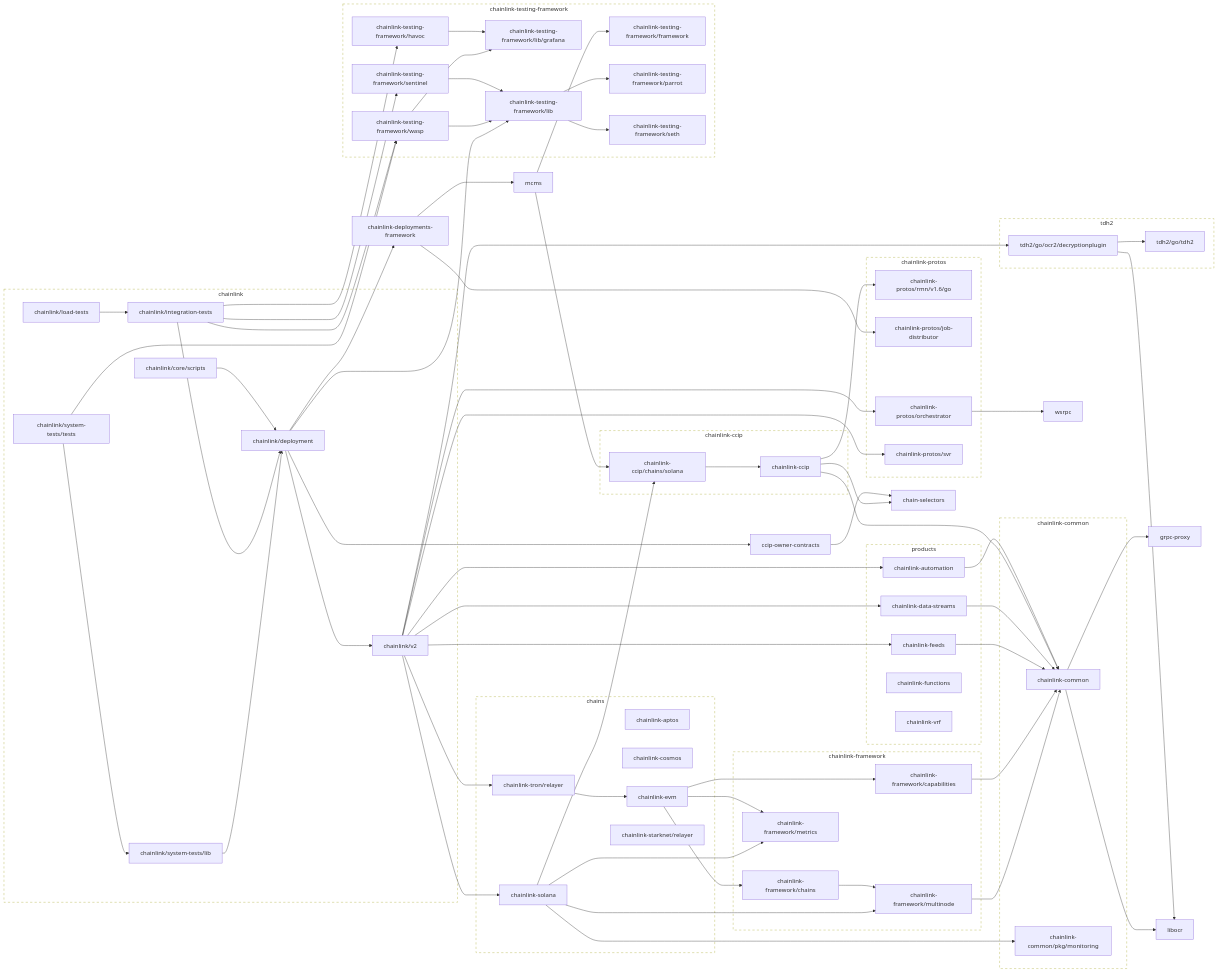
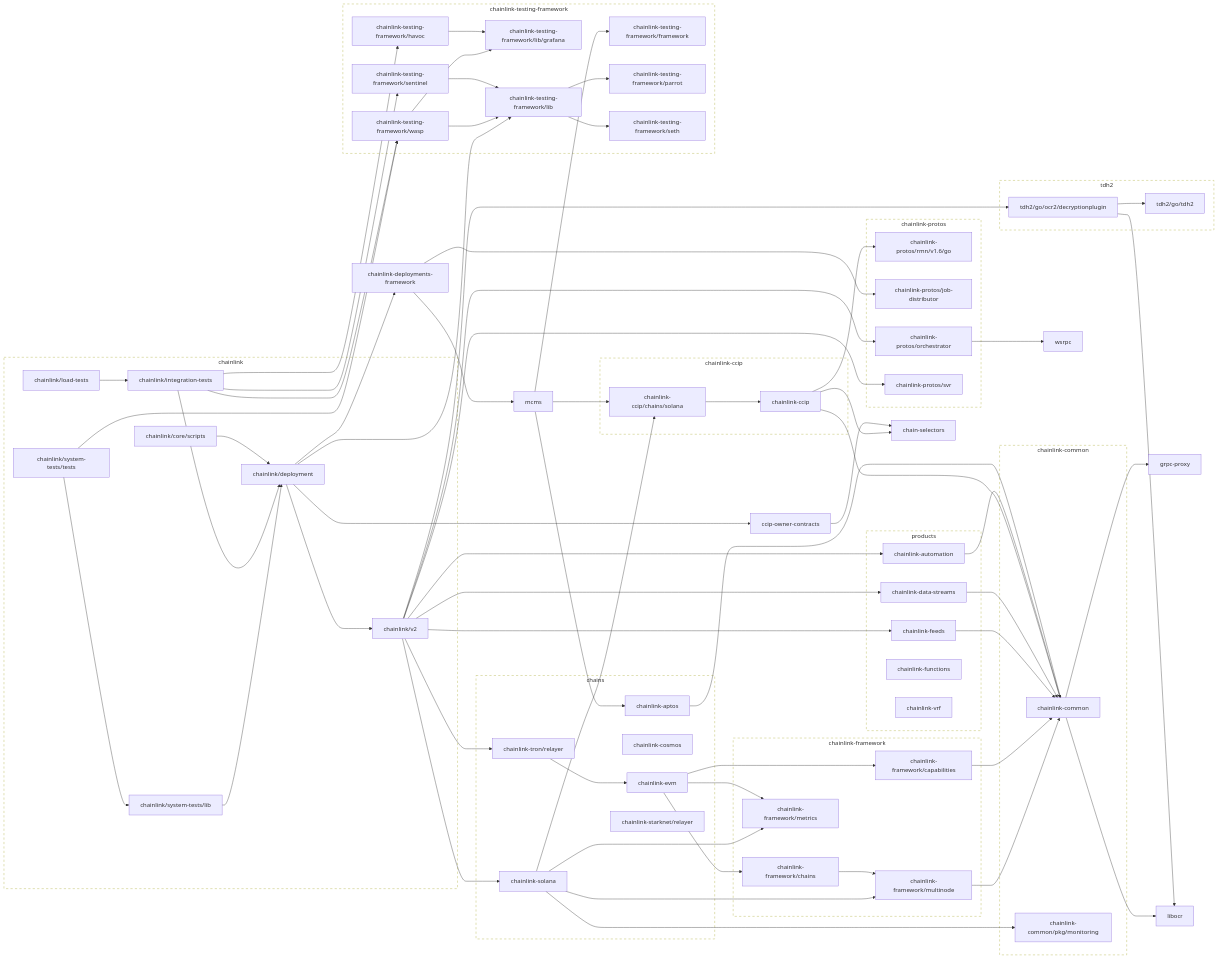
One commit to JohnDaWalka/chainlink changed the second of 2 diagrams in go.md. Above: the diagram before and after it, drawn with Mermaid. The commit also changed 22 other files, not shown here.

```diff
--- a/go.md
+++ b/go.md
@@ -150,6 +150,8 @@
 	click ccip-owner-contracts href "https://github.com/smartcontractkit/ccip-owner-contracts"
 	chain-selectors
 	click chain-selectors href "https://github.com/smartcontractkit/chain-selectors"
+	chainlink-aptos --> chainlink-common
+	click chainlink-aptos href "https://github.com/smartcontractkit/chainlink-aptos"
 	chainlink-automation --> chainlink-common
 	click chainlink-automation href "https://github.com/smartcontractkit/chainlink-automation"
 	chainlink-ccip --> chain-selectors
@@ -247,6 +249,7 @@
 	click grpc-proxy href "https://github.com/smartcontractkit/grpc-proxy"
 	libocr
 	click libocr href "https://github.com/smartcontractkit/libocr"
+	mcms --> chainlink-aptos
 	mcms --> chainlink-ccip/chains/solana
 	mcms --> chainlink-testing-framework/framework
 	click mcms href "https://github.com/smartcontractkit/mcms"
```
